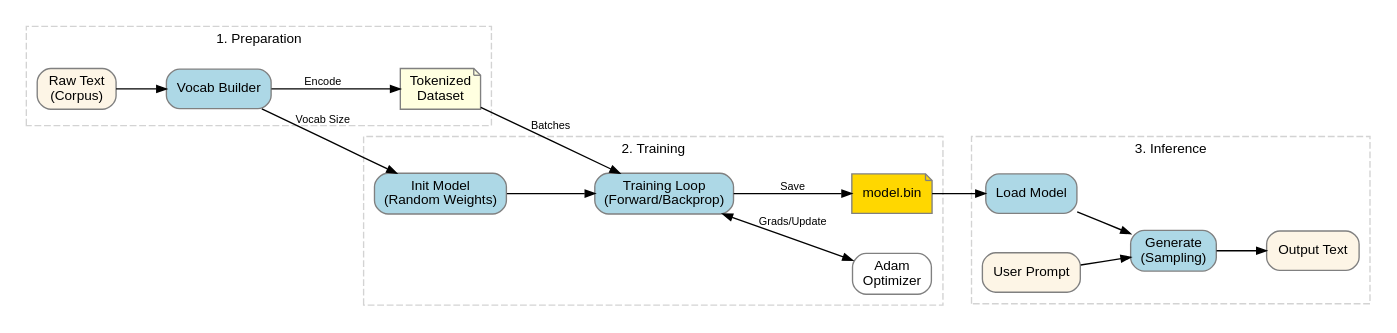
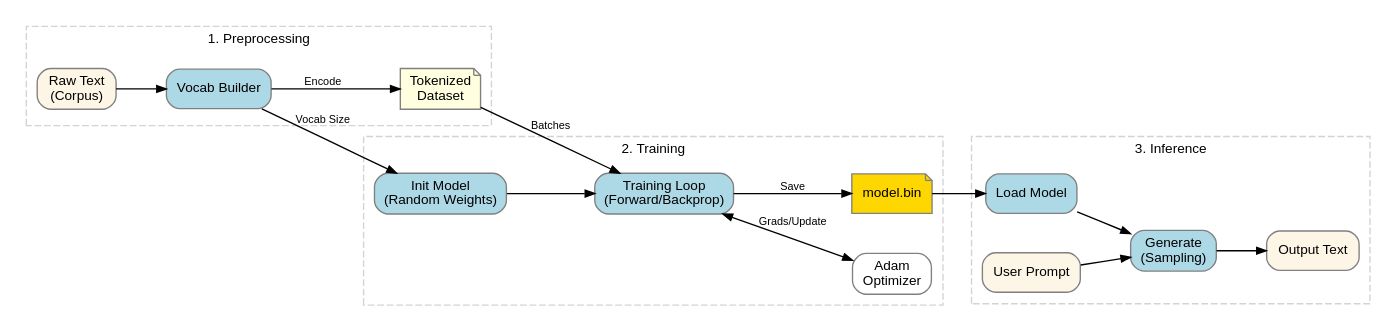
One commit to CogitatorTech/zigformer changed the diagram in assets/diagrams/zigformer_workflow_v0.1.0.dot. Above: the diagram before and after it, drawn with Graphviz. The commit also changed 11 other files, not shown here.

```diff
--- a/assets/diagrams/zigformer_workflow_v0.1.0.dot
+++ b/assets/diagrams/zigformer_workflow_v0.1.0.dot
@@ -1,79 +1,79 @@
 digraph ZigFormerWorkflow {
     fontname = "Helvetica,Arial,sans-serif"
     layout = dot
     rankdir = LR
     ranksep = 0.5;
     nodesep = 0.4;
     splines = true;
     compound = true;
 
     node [
     fontname = "Helvetica,Arial,sans-serif",
     shape = box,
     style = "filled,rounded",
     color = "grey",
     fillcolor = "white",
     penwidth = 1,
     fontsize = 10,
     height = 0.4
     ]
     edge [
     fontname = "Helvetica,Arial,sans-serif",
     color = "black",
     fontsize = 8,
     labeldistance = 1.5,
     arrowsize = 0.7
     ]
 
     subgraph cluster_prep {
-    label = "1. Preparation"
+    label = "1. Preprocessing"
     style = "dashed"
     color = "lightgrey"
     margin = 8
     fontsize = 10
     raw_data [label = "Raw Text\n(Corpus)", fillcolor = "oldlace"]
     vocab_builder [label = "Vocab Builder", fillcolor = "lightblue"]
     dataset [label = "Tokenized\nDataset", shape = note, fillcolor = "lightyellow"]
     }
 
     subgraph cluster_training {
     label = "2. Training"
     style = "dashed"
     color = "lightgrey"
     margin = 8
     fontsize = 10
     init_model [label = "Init Model\n(Random Weights)", fillcolor = "lightblue"]
     train_loop [label = "Training Loop\n(Forward/Backprop)", fillcolor = "lightblue"]
     optimizer [label = "Adam\nOptimizer", fillcolor = "white"]
     model_file [label = "model.bin", shape = note, fillcolor = "gold"]
     }
 
     subgraph cluster_inference {
     label = "3. Inference"
     style = "dashed"
     color = "lightgrey"
     margin = 8
     fontsize = 10
     cli_load [label = "Load Model", fillcolor = "lightblue"]
     user_prompt [label = "User Prompt", fillcolor = "oldlace"]
     generate [label = "Generate\n(Sampling)", fillcolor = "lightblue"]
     output_text [label = "Output Text", fillcolor = "oldlace"]
     }
 
     // Preparation Flow
     raw_data -> vocab_builder
     vocab_builder -> dataset [label = "Encode"]
 
     // Training Flow
     vocab_builder -> init_model [label = "Vocab Size"]
     dataset -> train_loop [label = "Batches"]
     init_model -> train_loop
     train_loop -> optimizer [dir = both, label = "Grads/Update"]
     train_loop -> model_file [label = "Save"]
 
     // Inference Flow
     model_file -> cli_load
     user_prompt -> generate
     cli_load -> generate
     generate -> output_text
 }
```
